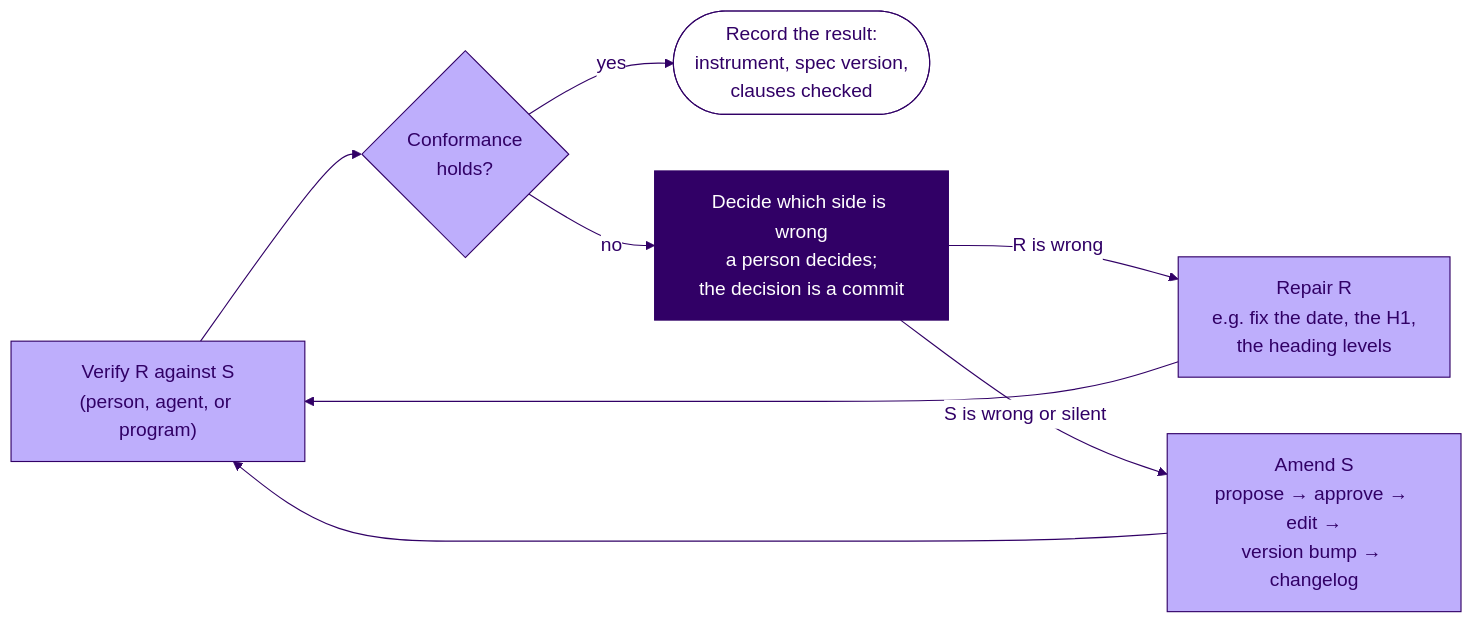
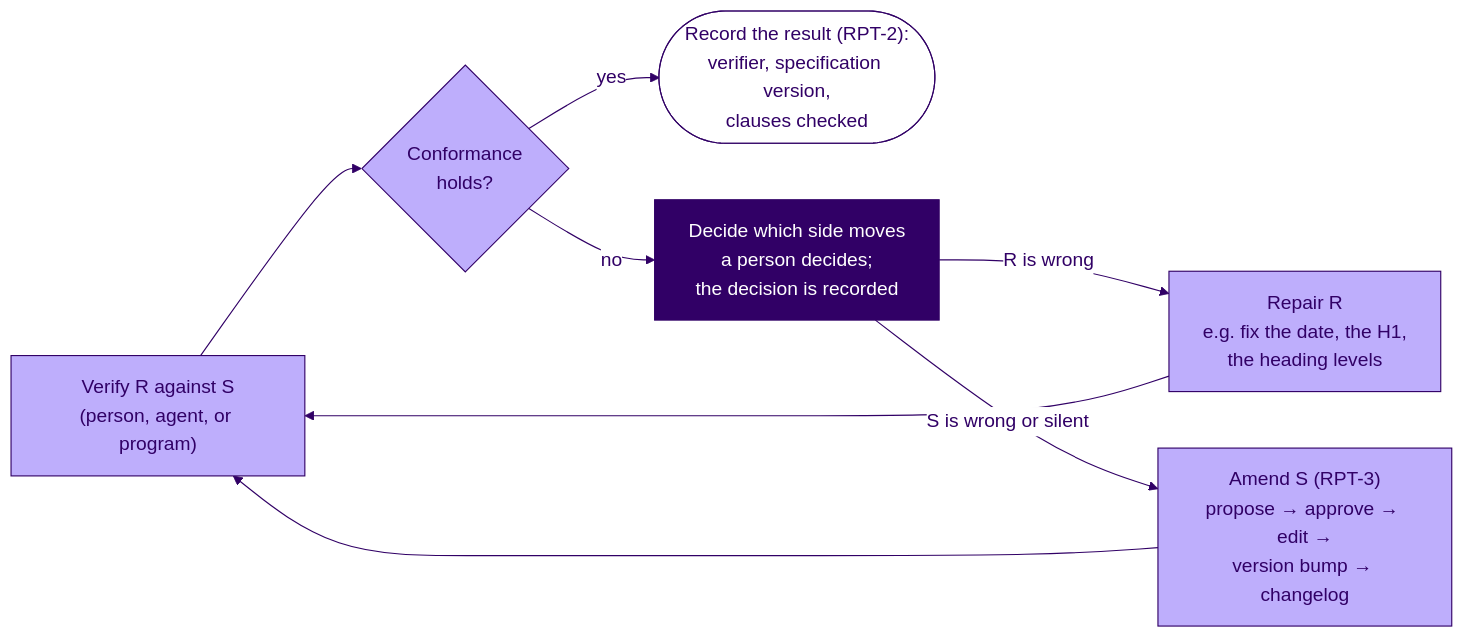
One commit to santoslab/agentic-software-engineering-public changed the diagram in module-software-engineering/slides/diagrams/conformance-repair.mmd. Above: the diagram before and after it, drawn with Mermaid. The commit also changed 126 other files, not shown here.

```diff
--- a/module-software-engineering/slides/diagrams/conformance-repair.mmd
+++ b/module-software-engineering/slides/diagrams/conformance-repair.mmd
@@ -1,24 +1,24 @@
 %%{init: {
   "theme": "base",
   "themeVariables": {
     "primaryColor": "#beaefc",
     "primaryTextColor": "#310066",
     "primaryBorderColor": "#310066",
     "lineColor": "#310066",
     "edgeLabelBackground": "#ffffff",
     "fontFamily": "Helvetica, Arial, sans-serif",
     "fontSize": "17px"
   },
   "themeCSS": "text, span, div { font-family: Helvetica, Arial, sans-serif !important; }"
 }}%%
 flowchart LR
     V["Verify R against S<br/>(person, agent, or program)"] --> Q{Conformance<br/>holds?}
-    Q -- yes --> D(["Record the result:<br/>instrument, spec version,<br/>clauses checked"])
-    Q -- no --> W["Decide which side is wrong<br/>a person decides;<br/>the decision is a commit"]
+    Q -- yes --> D(["Record the result (RPT-2):<br/>verifier, specification version,<br/>clauses checked"])
+    Q -- no --> W["Decide which side moves<br/>a person decides;<br/>the decision is recorded"]
     W -- "R is wrong" --> RR["Repair R<br/>e.g. fix the date, the H1,<br/>the heading levels"]
-    W -- "S is wrong or silent" --> AS["Amend S<br/>propose → approve → edit →<br/>version bump → changelog"]
+    W -- "S is wrong or silent" --> AS["Amend S (RPT-3)<br/>propose → approve → edit →<br/>version bump → changelog"]
     RR --> V
     AS --> V
 
     style W fill:#310066,color:#ffffff,stroke:#310066
     style D fill:#ffffff
```
